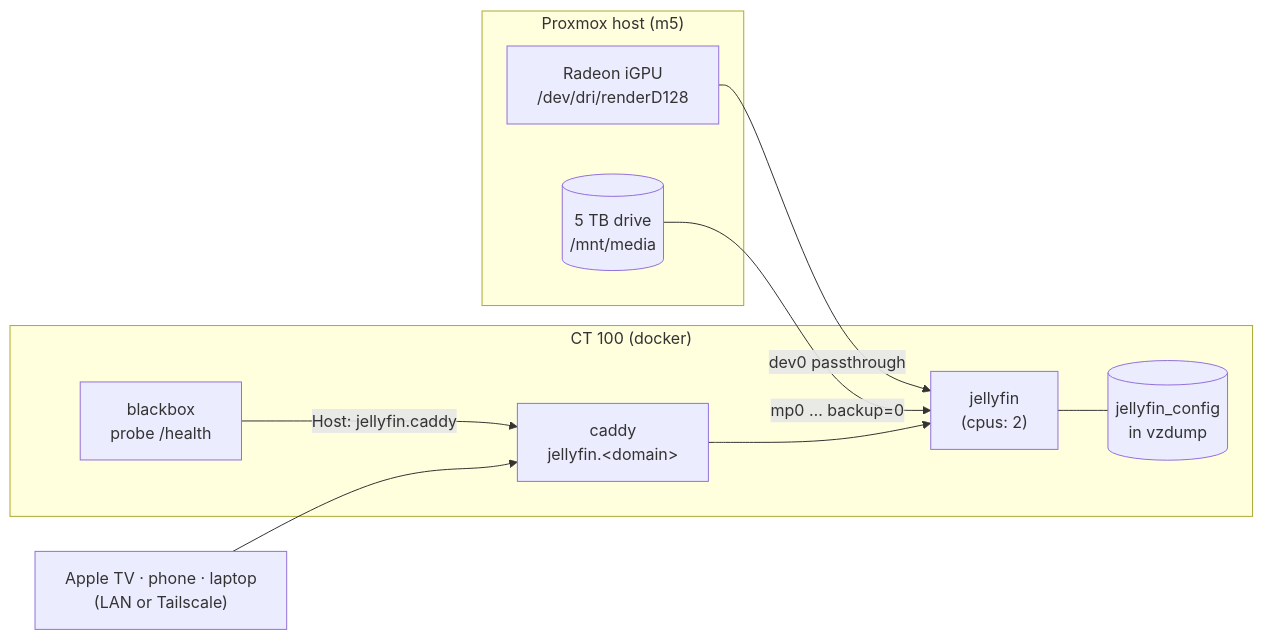
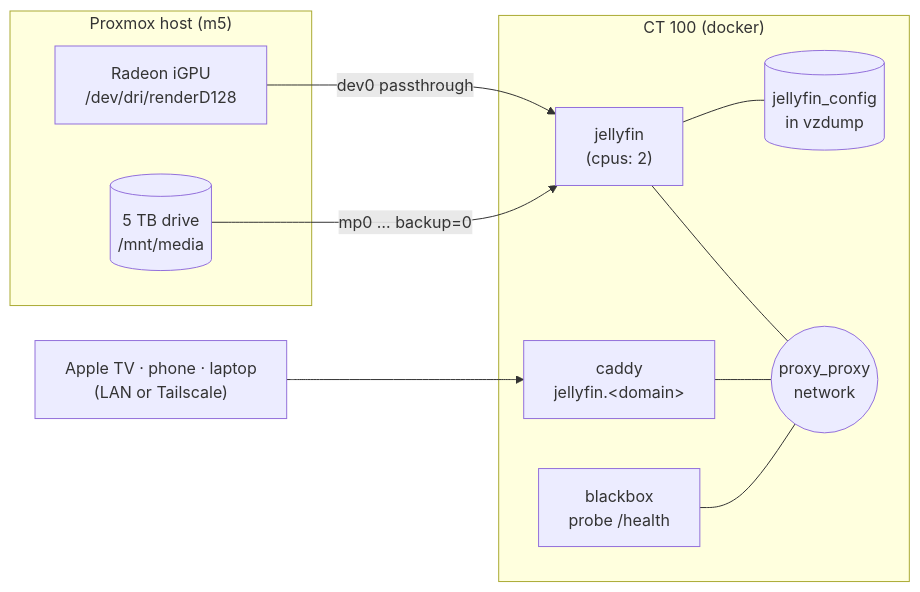
The diagram in docs/design/tsd-jellyfin.md (brignano/homelab), drawn with Mermaid before and after one commit. The commit also changed other lines of this file and 14 other files, not shown here.

````diff
--- a/docs/design/tsd-jellyfin.md
+++ b/docs/design/tsd-jellyfin.md
@@ -44,19 +45,21 @@
 ```mermaid
 flowchart LR
   subgraph Host["Proxmox host (m5)"]
     GPU["Radeon iGPU<br/>/dev/dri/renderD128"]
     DRV[("5 TB drive<br/>/mnt/media")]
   end
   subgraph CT["CT 100 (docker)"]
     JF["jellyfin<br/>(cpus: 2)"]
     CFG[("jellyfin_config<br/>in vzdump")]
     C["caddy<br/>jellyfin.&lt;domain&gt;"]
     BB["blackbox<br/>probe /health"]
+    PN(("proxy_proxy<br/>network"))
   end
   GPU -->|"dev0 passthrough"| JF
   DRV -->|"mp0 … backup=0"| JF
   JF --- CFG
-  C --> JF
-  BB -->|"Host: jellyfin.caddy"| C
+  C --- PN
+  BB --- PN
+  JF --- PN
   TV["Apple TV · phone · laptop<br/>(LAN or Tailscale)"] --> C
 ```
````
